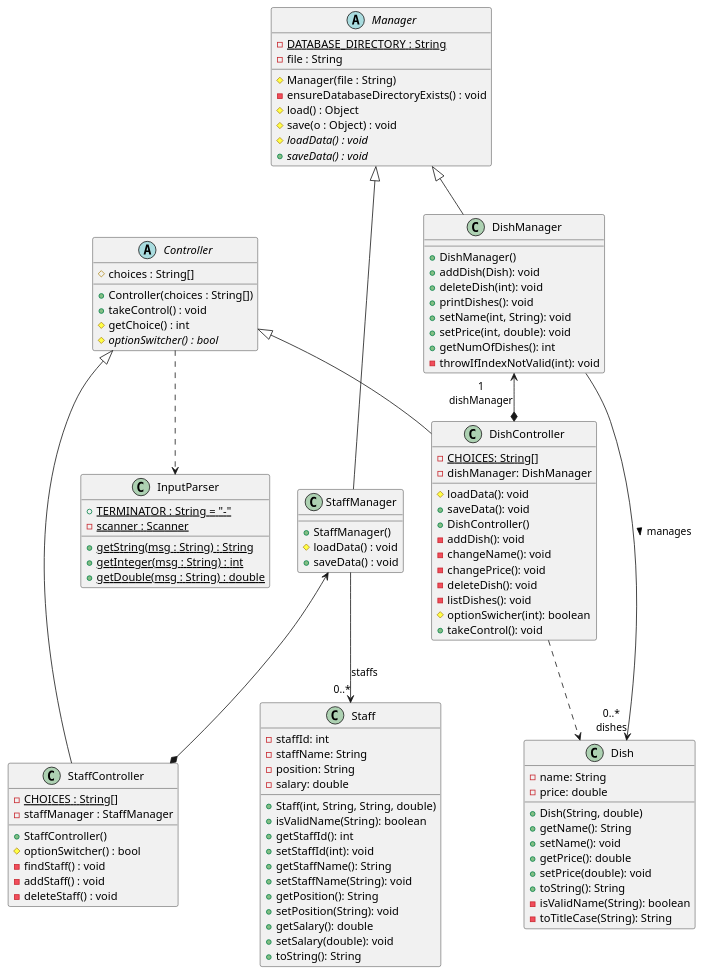
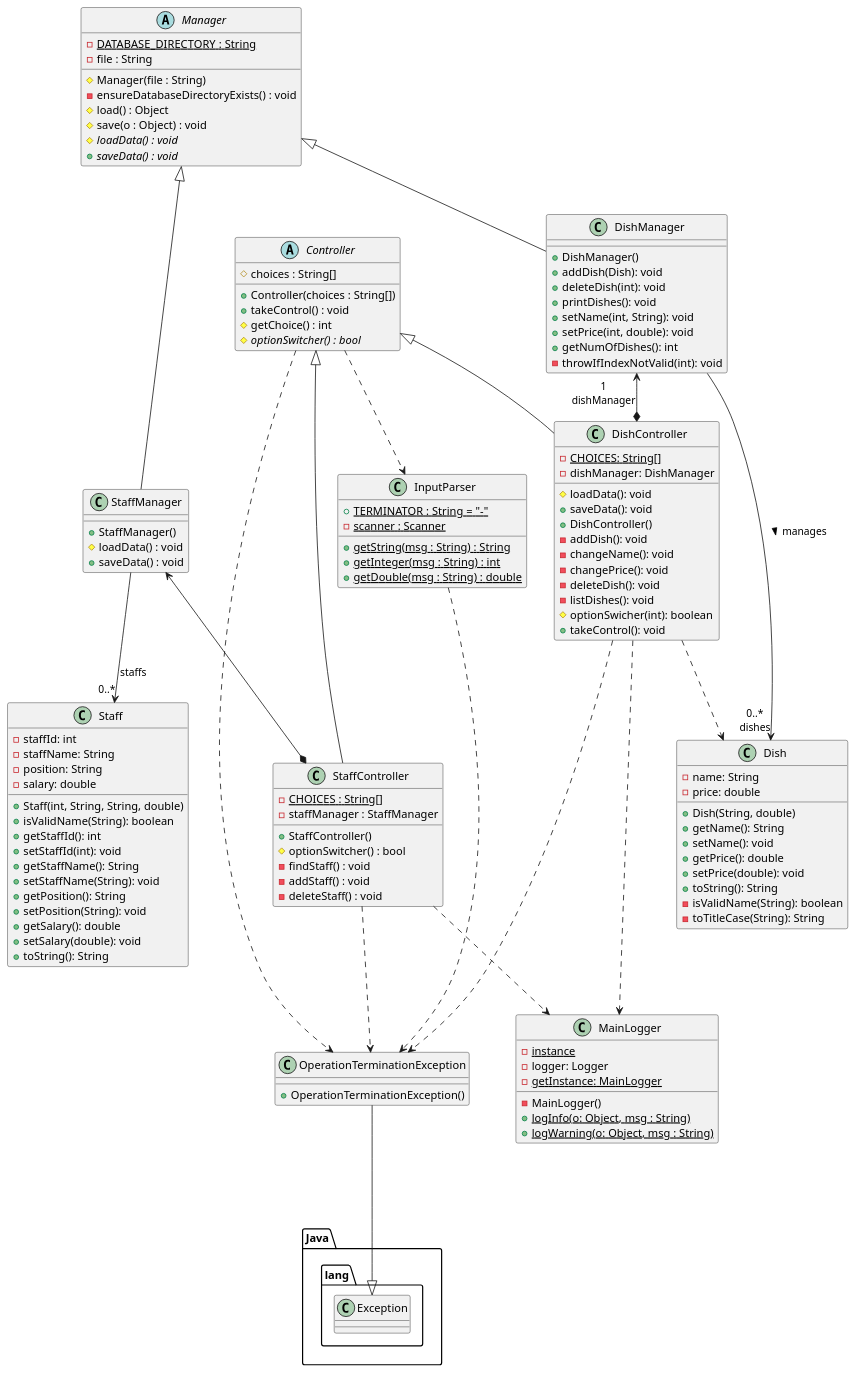
Before and after one commit to nus-cs2113-AY2122S2/tp: the diagram in docs/uml/class/all.puml, drawn with PlantUML.

Commit message:
Update some class diagram

```diff
--- a/docs/uml/class/all.puml
+++ b/docs/uml/class/all.puml
@@ -1,115 +1,139 @@
 @startuml
 abstract class Manager {
 -{static}DATABASE_DIRECTORY : String
 -file : String
 #Manager(file : String)
 -ensureDatabaseDirectoryExists() : void
 #load() : Object
 #save(o : Object) : void
 #{abstract}loadData() : void
 +{abstract}saveData() : void
 }
 
 class StaffManager {
 +StaffManager()
 #loadData() : void
 +saveData() : void
 }
 
 abstract class Controller {
 #choices : String[]
 +Controller(choices : String[])
 +takeControl() : void
 #getChoice() : int
 #{abstract}optionSwitcher() : bool
 }
 
 class StaffController {
 -{static}CHOICES : String[]
 -staffManager : StaffManager
 +StaffController()
 #optionSwitcher() : bool
 -findStaff() : void
 -addStaff() : void
 -deleteStaff() : void
 }
 
 class Staff {
     -staffId: int
     -staffName: String
     -position: String
     -salary: double
     +Staff(int, String, String, double)
     +isValidName(String): boolean
     +getStaffId(): int
     +setStaffId(int): void
     +getStaffName(): String
     +setStaffName(String): void
     +getPosition(): String
     +setPosition(String): void
     +getSalary(): double
     +setSalary(double): void
     +toString(): String
 }
 
 class InputParser {
 +{static}TERMINATOR : String = "-"
 -{static}scanner : Scanner
 +{static}getString(msg : String) : String
 +{static}getInteger(msg : String) : int
 +{static}getDouble(msg : String) : double
 }
 
 class Dish {
     -name: String
     -price: double
     +Dish(String, double)
     +getName(): String
     +setName(): void
     +getPrice(): double
     +setPrice(double): void
     +toString(): String
     -isValidName(String): boolean
     -toTitleCase(String): String
 }
 
 class DishManager {
     +DishManager()
     +addDish(Dish): void
     +deleteDish(int): void
     +printDishes(): void
     +setName(int, String): void
     +setPrice(int, double): void
     +getNumOfDishes(): int
     -throwIfIndexNotValid(int): void
 }
 
 class DishController {
     -{static}CHOICES: String[]
     -dishManager: DishManager
     #loadData(): void
     +saveData(): void
     +DishController()
     -addDish(): void
     -changeName(): void
     -changePrice(): void
     -deleteDish(): void
     -listDishes(): void
     #optionSwicher(int): boolean
     +takeControl(): void
 }
 
+class MainLogger {
+    -{static}instance
+    -logger: Logger
+    -MainLogger()
+    -{static}getInstance: MainLogger
+    +{static}logInfo(o: Object, msg : String)
+    +{static}logWarning(o: Object, msg : String)
+}
+
+class OperationTerminationException {
+    +OperationTerminationException()
+}
+
+'Exception
+OperationTerminationException ---|> Java.lang.Exception
+InputParser ..> OperationTerminationException
+Controller ..> OperationTerminationException
+StaffController ..> OperationTerminationException
+DishController ..> OperationTerminationException
+
+'Logger
+DishController ..> MainLogger
+StaffController ..> MainLogger
+
 'Staff relations
 Manager <|--- StaffManager
 StaffManager <--* StaffController
 Controller <|--- StaffController
 Controller ..> InputParser
 StaffManager --> "0..*" Staff : staffs
 
 'Dish relations
 Manager <|-- DishManager
 Controller <|-- DishController
 Dish "0..*\ndishes" <-- DishManager: manages <
 DishManager "1\ndishManager" <--* DishController
 DishController .-> Dish
 @enduml
```
